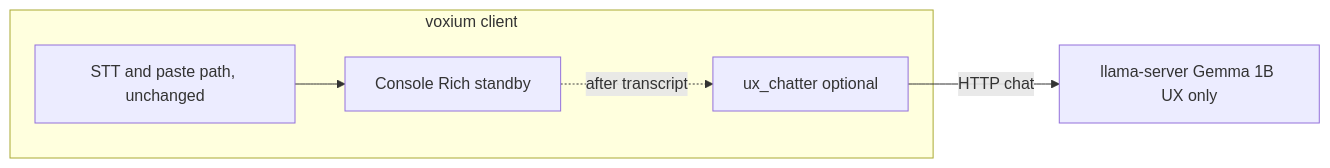
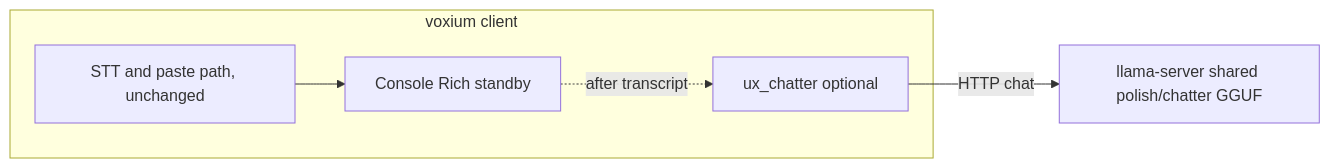
Before and after one commit to chris-piekarski/voxium-ptt: the diagram in docs/ux-chatter-gemma.md, drawn with Mermaid. The commit also changed other lines of this file and 6 other files, not shown here.

````diff
--- a/docs/ux-chatter-gemma.md
+++ b/docs/ux-chatter-gemma.md
@@ -88,13 +82,13 @@
 ```mermaid
 flowchart LR
   subgraph app["voxium client"]
     stt["STT and paste path, unchanged"]
     ui["Console Rich standby"]
     uxc["ux_chatter optional"]
   end
-  uxs["llama-server Gemma 1B UX only"]
+  sharedLlama["llama-server shared polish/chatter GGUF"]
 
   stt --> ui
   ui -.->|after transcript| uxc
-  uxc -->|HTTP chat| uxs
+  uxc -->|HTTP chat| sharedLlama
 ```
````
